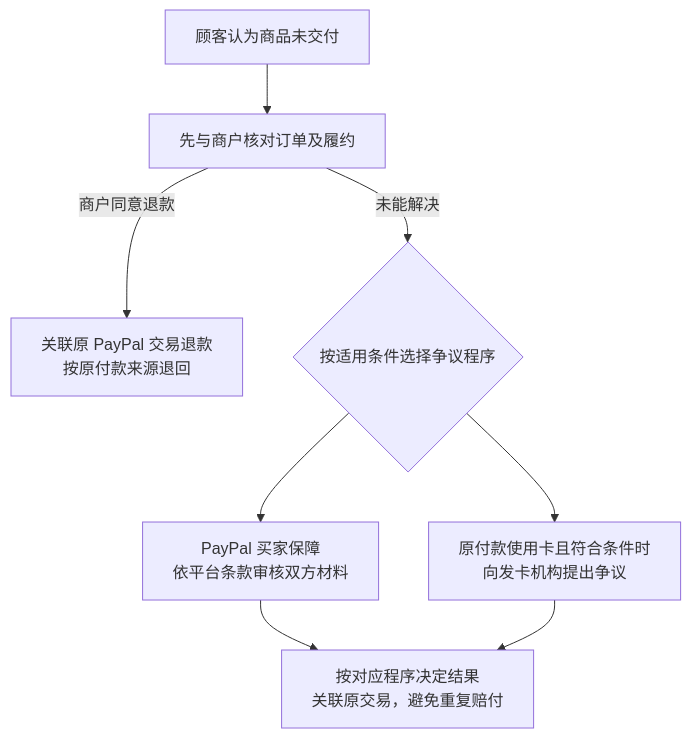
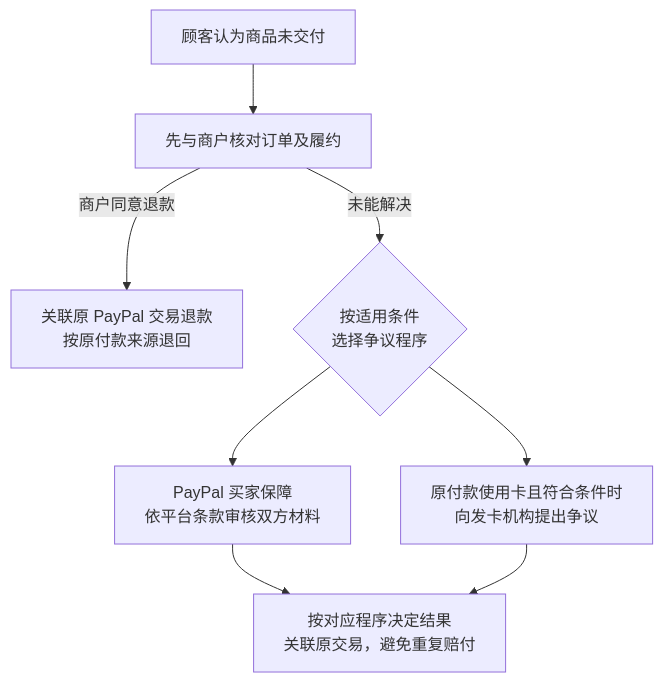
One commit to WCY-dt/blog changed diagram 21 of 29 in _posts/2026-09-05-交易模型.md. Above: the diagram before and after it, drawn with Mermaid. The commit also changed other lines of this file, not shown here.

````diff
--- a/_posts/2026-09-05-交易模型.md
+++ b/_posts/2026-09-05-交易模型.md
@@ -1332,10 +1439,10 @@
 ```mermaid
 flowchart TB
     P["顾客认为商品未交付"] --> S["先与商户核对订单及履约"]
     S -->|"商户同意退款"| R["关联原 PayPal 交易退款<br/>按原付款来源退回"]
-    S -->|"未能解决"| D{"按适用条件选择争议程序"}
+    S -->|"未能解决"| D{"按适用条件<br/>选择争议程序"}
     D --> W["PayPal 买家保障<br/>依平台条款审核双方材料"]
     D --> C["原付款使用卡且符合条件时<br/>向发卡机构提出争议"]
     W --> O["按对应程序决定结果<br/>关联原交易，避免重复赔付"]
     C --> O
 ```
````
